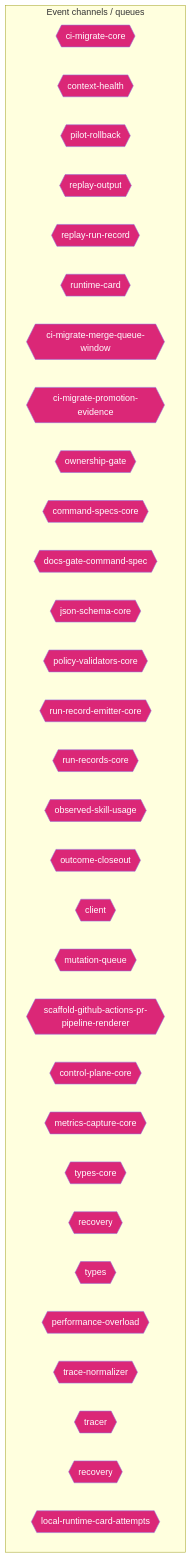
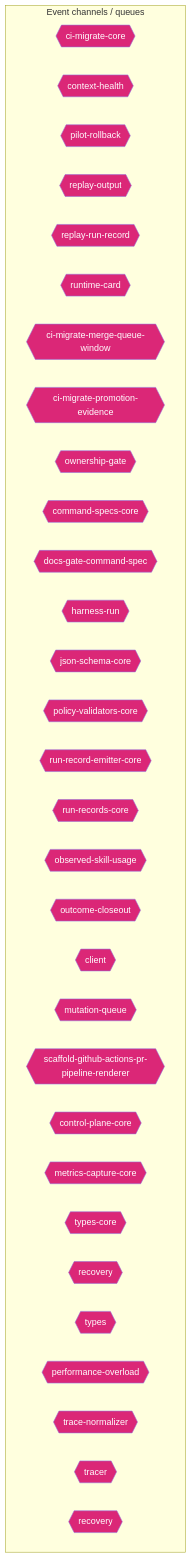
The ninth of 14 diagrams in AI/context/diagram-context.md (jscraik/coding-harness), drawn with Mermaid before and after one commit. The commit also changed other lines of this file and 6 other files, not shown here.

First line of the commit message:
chore(recovery): refresh architecture diagrams

````diff
--- a/AI/context/diagram-context.md
+++ b/AI/context/diagram-context.md
@@ -956,38 +998,38 @@
 ```mermaid
 flowchart TD
   subgraph Channels["Event channels / queues"]
     ci_migrate_core_7005b5af{{"ci-migrate-core"}}
     context_health_80bb7da9{{"context-health"}}
     pilot_rollback_00c1f82c{{"pilot-rollback"}}
     replay_output_993eda9e{{"replay-output"}}
     replay_run_record_9a08cce2{{"replay-run-record"}}
     runtime_card_e06b53e1{{"runtime-card"}}
     ci_migrate_merge_queue_window_0070bd6d{{"ci-migrate-merge-queue-window"}}
     ci_migrate_promotion_evidence_1a2dc527{{"ci-migrate-promotion-evidence"}}
     ownership_gate_2e194d13{{"ownership-gate"}}
     command_specs_core_1c0ffc99{{"command-specs-core"}}
     docs_gate_command_spec_16795187{{"docs-gate-command-spec"}}
+    harness_run_c0761792{{"harness-run"}}
     json_schema_core_96d7e328{{"json-schema-core"}}
     policy_validators_core_714a3fe7{{"policy-validators-core"}}
     run_record_emitter_core_688049d5{{"run-record-emitter-core"}}
     run_records_core_89286dfa{{"run-records-core"}}
     observed_skill_usage_ed7d5930{{"observed-skill-usage"}}
     outcome_closeout_ba497ec2{{"outcome-closeout"}}
     client_948fe603{{"client"}}
     mutation_queue_ce5a530e{{"mutation-queue"}}
     scaffold_github_actions_pr_pipeline_renderer_1ee18de5{{"scaffold-github-actions-pr-pipeline-renderer"}}
     control_plane_core_db3b4cb2{{"control-plane-core"}}
     metrics_capture_core_db4bf7cf{{"metrics-capture-core"}}
     types_core_1_8bd0f8fd{{"types-core"}}
     recovery_8c585378{{"recovery"}}
-    types_14_fe7507be{{"types"}}
+    types_16_0fae1112{{"types"}}
     performance_overload_c685bfcf{{"performance-overload"}}
     trace_normalizer_cb1be1d2{{"trace-normalizer"}}
     tracer_1e6243a2{{"tracer"}}
     recovery_1_4d1804ab{{"recovery"}}
-    local_runtime_card_attempts_28aa46ea{{"local-runtime-card-attempts"}}
   end
   classDef eventNode fill:#db2777,color:#fff
-  class ci_migrate_core_7005b5af,context_health_80bb7da9,pilot_rollback_00c1f82c,replay_output_993eda9e,replay_run_record_9a08cce2,runtime_card_e06b53e1,ci_migrate_merge_queue_window_0070bd6d,ci_migrate_promotion_evidence_1a2dc527,ownership_gate_2e194d13,command_specs_core_1c0ffc99,docs_gate_command_spec_16795187,json_schema_core_96d7e328,policy_validators_core_714a3fe7,run_record_emitter_core_688049d5,run_records_core_89286dfa,observed_skill_usage_ed7d5930,outcome_closeout_ba497ec2,client_948fe603,mutation_queue_ce5a530e,scaffold_github_actions_pr_pipeline_renderer_1ee18de5,control_plane_core_db3b4cb2,metrics_capture_core_db4bf7cf,types_core_1_8bd0f8fd,recovery_8c585378,types_14_fe7507be,performance_overload_c685bfcf,trace_normalizer_cb1be1d2,tracer_1e6243a2,recovery_1_4d1804ab,local_runtime_card_attempts_28aa46ea eventNode
+  class ci_migrate_core_7005b5af,context_health_80bb7da9,pilot_rollback_00c1f82c,replay_output_993eda9e,replay_run_record_9a08cce2,runtime_card_e06b53e1,ci_migrate_merge_queue_window_0070bd6d,ci_migrate_promotion_evidence_1a2dc527,ownership_gate_2e194d13,command_specs_core_1c0ffc99,docs_gate_command_spec_16795187,harness_run_c0761792,json_schema_core_96d7e328,policy_validators_core_714a3fe7,run_record_emitter_core_688049d5,run_records_core_89286dfa,observed_skill_usage_ed7d5930,outcome_closeout_ba497ec2,client_948fe603,mutation_queue_ce5a530e,scaffold_github_actions_pr_pipeline_renderer_1ee18de5,control_plane_core_db3b4cb2,metrics_capture_core_db4bf7cf,types_core_1_8bd0f8fd,recovery_8c585378,types_16_0fae1112,performance_overload_c685bfcf,trace_normalizer_cb1be1d2,tracer_1e6243a2,recovery_1_4d1804ab eventNode
 
 ```
````
